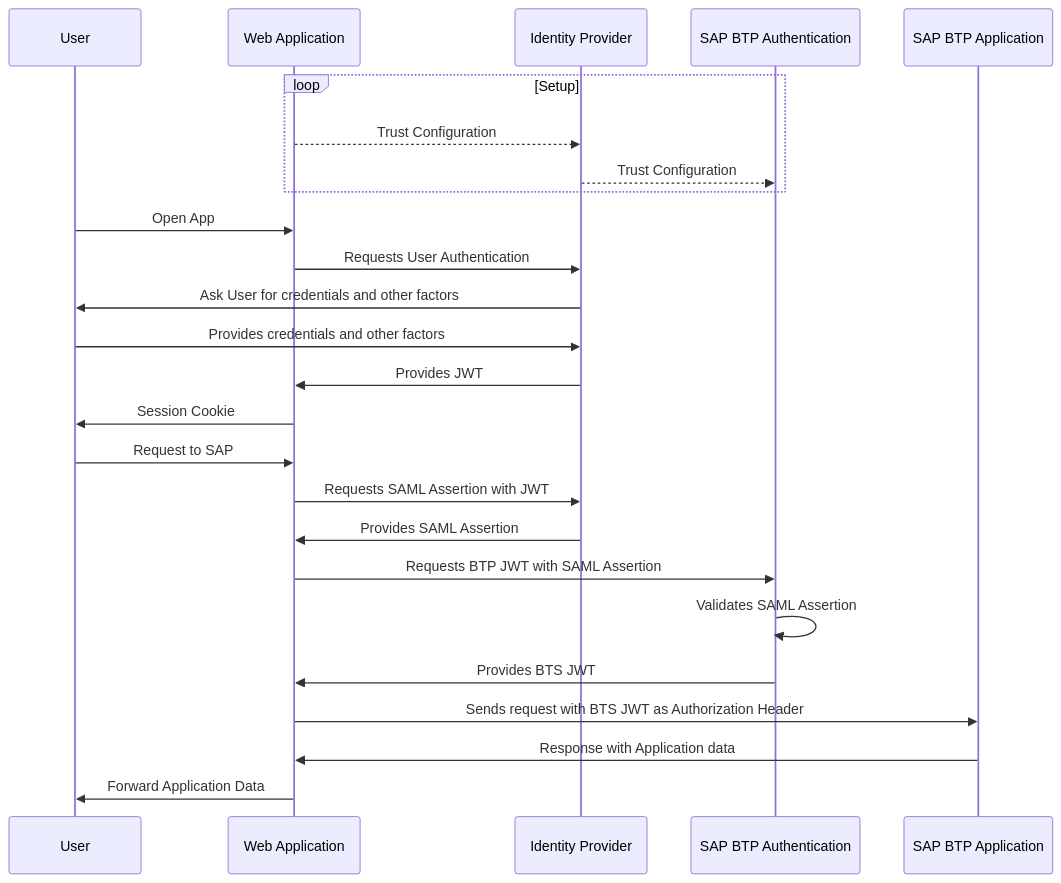
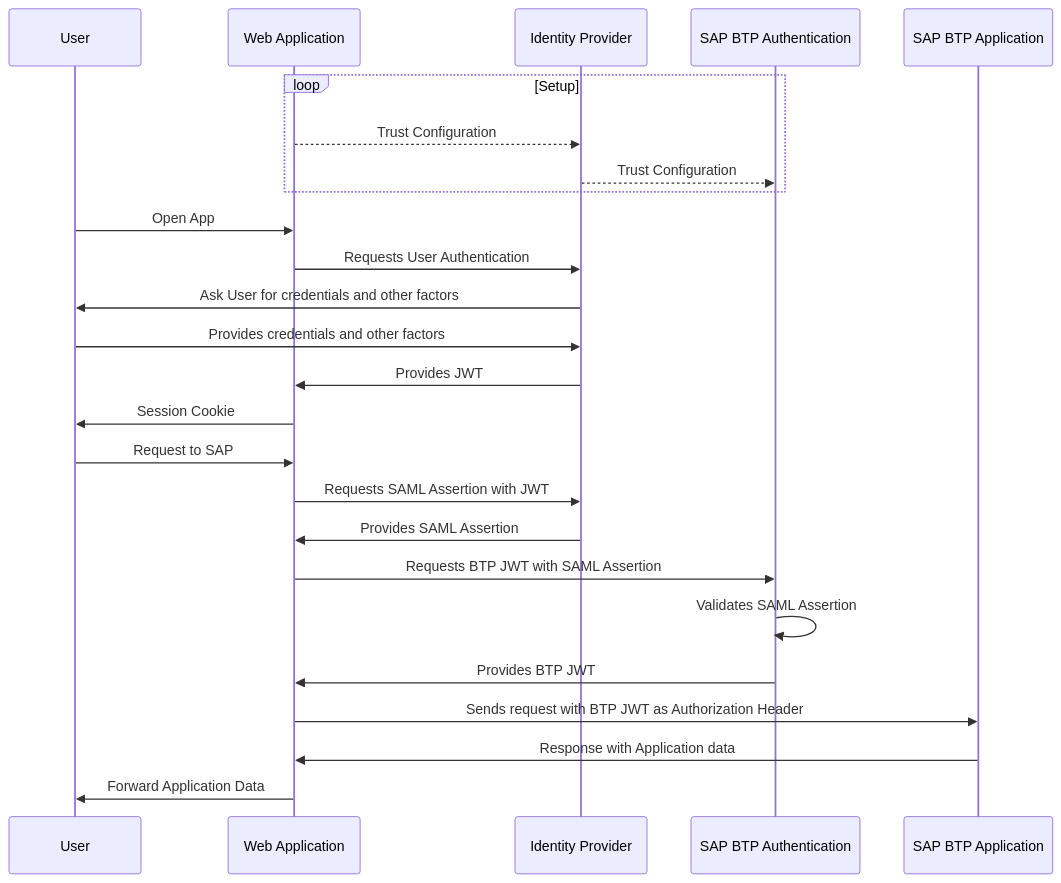
Before and after one commit to gregorwolf/cap-azure-ad-b2c: the first of 3 diagrams in test/entra-id-saml-bearer.md, drawn with Mermaid. The commit also changed other lines of this file, not shown here.

````diff
--- a/test/entra-id-saml-bearer.md
+++ b/test/entra-id-saml-bearer.md
@@ -3,29 +5,29 @@
 ```mermaid
 sequenceDiagram
 %% participants
 participant User as User
 participant WebApp as Web Application
 participant IdP as Identity Provider
 participant XSUAA as SAP BTP Authentication
 participant BTPApp as SAP BTP Application
 %% arrows
 loop Setup
 WebApp-->>IdP: Trust Configuration
 IdP-->>XSUAA: Trust Configuration
 end
 User->>WebApp: Open App
 WebApp->>IdP: Requests User Authentication
 IdP->>User: Ask User for credentials and other factors
 User->>IdP: Provides credentials and other factors
 IdP->>WebApp: Provides JWT
 WebApp->>User: Session Cookie
 User->>WebApp: Request to SAP
 WebApp->>IdP: Requests SAML Assertion with JWT
 IdP->>WebApp: Provides SAML Assertion
 WebApp->>XSUAA: Requests BTP JWT with SAML Assertion
 XSUAA->>XSUAA: Validates SAML Assertion
-XSUAA->>WebApp: Provides BTS JWT
-WebApp->>BTPApp: Sends request with BTS JWT as Authorization Header
+XSUAA->>WebApp: Provides BTP JWT
+WebApp->>BTPApp: Sends request with BTP JWT as Authorization Header
 BTPApp->>WebApp: Response with Application data
 WebApp->>User: Forward Application Data
 ```
````
